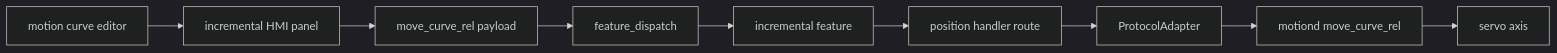
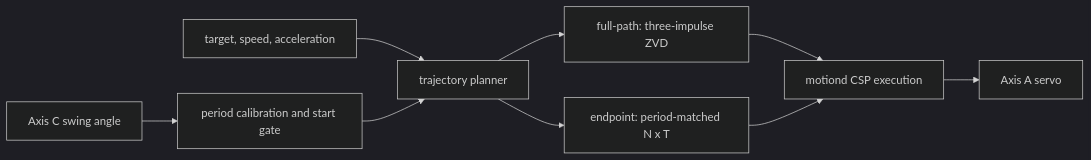
Before and after one commit to mktium/mctivity: the third of 3 diagrams in docs/architecture.md, drawn with Mermaid (dark theme). The commit also changed other lines of this file and 44 other files, not shown here.

````diff
--- a/docs/architecture.md
+++ b/docs/architecture.md
@@ -106,11 +80,11 @@
 ```mermaid
 flowchart LR
-    EDITOR["motion curve editor"] --> PANEL["incremental HMI panel"]
-    PANEL --> CMD["move_curve_rel payload"]
-    CMD --> DISP["feature_dispatch"]
-    DISP --> INC["incremental feature"]
-    INC --> POSH["position handler route"]
-    POSH --> ADAPTER["ProtocolAdapter"]
-    ADAPTER --> MOTION["motiond move_curve_rel"]
-    MOTION --> AXIS["servo axis"]
+    ENC["Axis C swing angle"] --> CAL["period calibration and start gate"]
+    PARAM["target, speed, acceleration"] --> PLAN["trajectory planner"]
+    CAL --> PLAN
+    PLAN --> FULL["full-path: three-impulse ZVD"]
+    PLAN --> END["endpoint: period-matched N x T"]
+    FULL --> MOTIOND["motiond CSP execution"]
+    END --> MOTIOND
+    MOTIOND --> SERVO["Axis A servo"]
 ```
````
